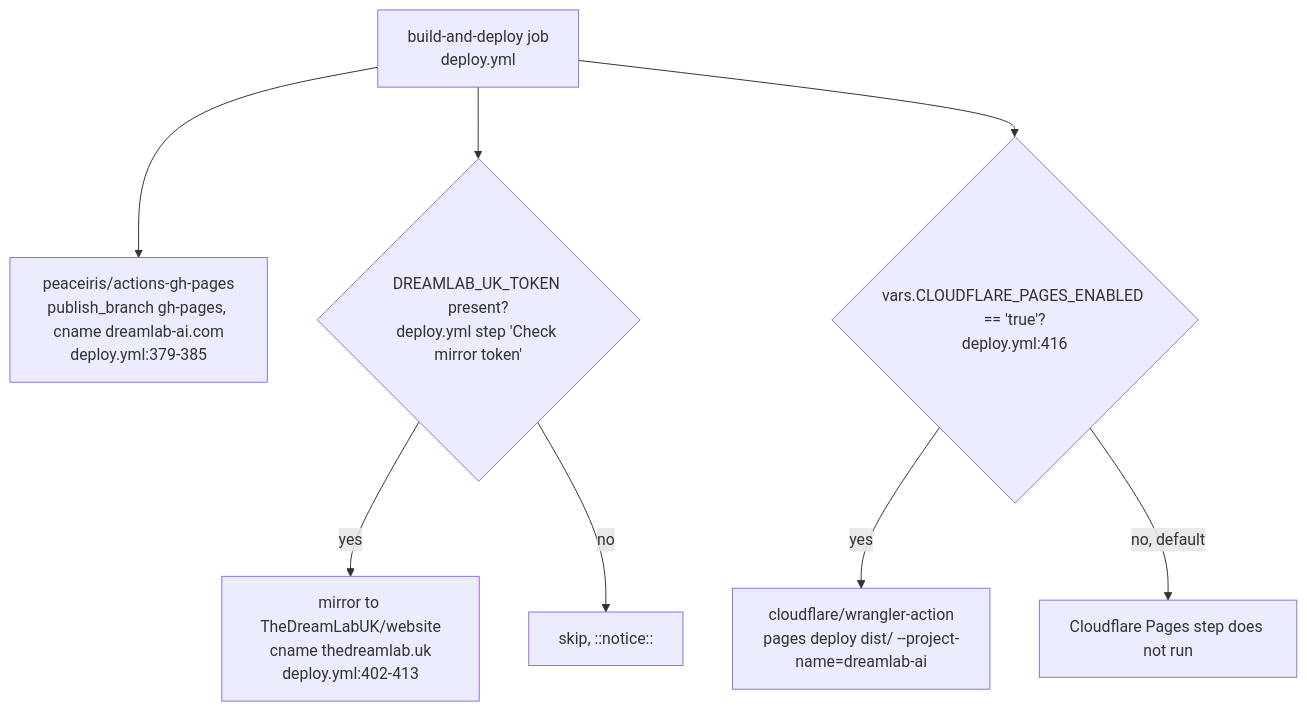
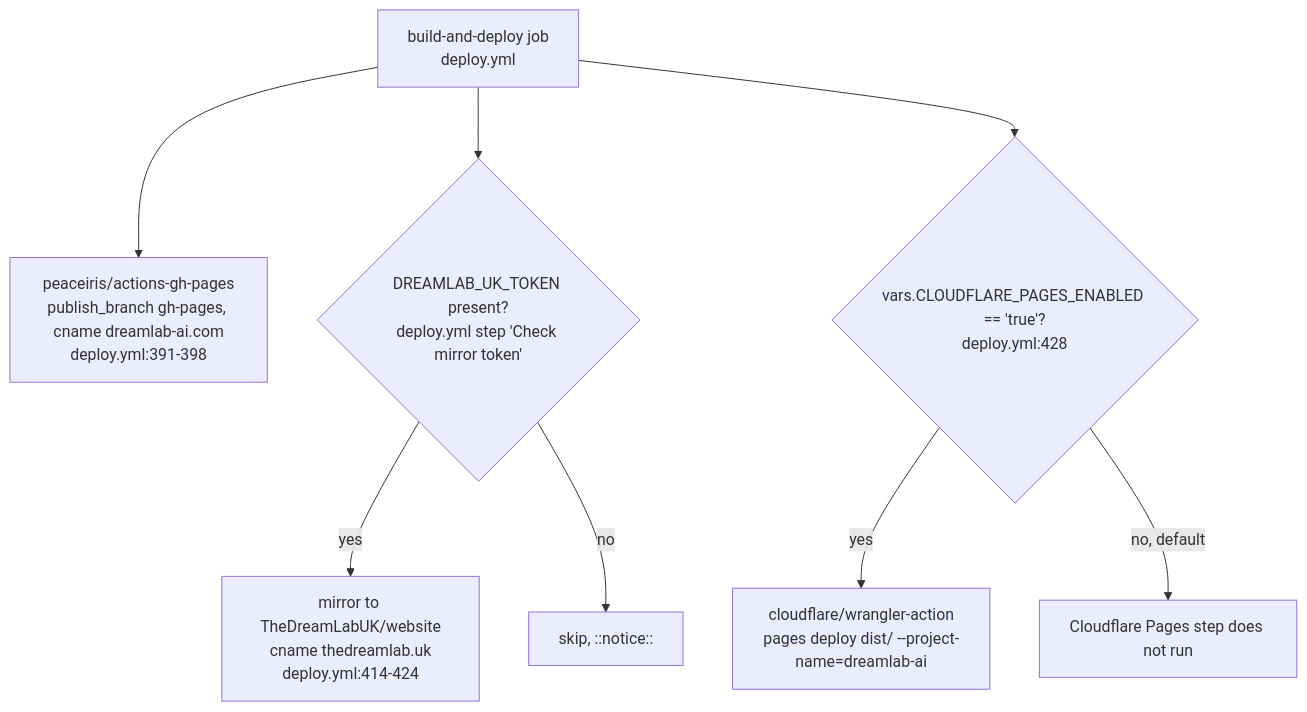
The third of 7 diagrams in docs/diagrams/dreamlab-ai-website/01-repo-composition-and-deploy-topology.md (DreamLab-AI/VisionFlow), drawn with Mermaid before and after one commit. The commit also changed other lines of this file and 111 other files, not shown here.

Commit message:
docs(diagrams): align estate maps with current source

````diff
--- a/docs/diagrams/dreamlab-ai-website/01-repo-composition-and-deploy-topology.md
+++ b/docs/diagrams/dreamlab-ai-website/01-repo-composition-and-deploy-topology.md
@@ -48,10 +51,10 @@
 ```mermaid
 flowchart TB
-    BUILD["build-and-deploy job<br/>deploy.yml"] --> GHPAGES["peaceiris/actions-gh-pages<br/>publish_branch gh-pages, cname dreamlab-ai.com<br/>deploy.yml:379-385"]
+    BUILD["build-and-deploy job<br/>deploy.yml"] --> GHPAGES["peaceiris/actions-gh-pages<br/>publish_branch gh-pages, cname dreamlab-ai.com<br/>deploy.yml:391-398"]
     BUILD --> MIRROR{"DREAMLAB_UK_TOKEN present?<br/>deploy.yml step 'Check mirror token'"}
-    MIRROR -->|yes| MIRRORDEPLOY["mirror to TheDreamLabUK/website<br/>cname thedreamlab.uk<br/>deploy.yml:402-413"]
+    MIRROR -->|yes| MIRRORDEPLOY["mirror to TheDreamLabUK/website<br/>cname thedreamlab.uk<br/>deploy.yml:414-424"]
     MIRROR -->|no| SKIP["skip, ::notice::"]
-    BUILD --> CFGATE{"vars.CLOUDFLARE_PAGES_ENABLED == 'true'?<br/>deploy.yml:416"}
+    BUILD --> CFGATE{"vars.CLOUDFLARE_PAGES_ENABLED == 'true'?<br/>deploy.yml:428"}
     CFGATE -->|yes| CFPAGES["cloudflare/wrangler-action<br/>pages deploy dist/ --project-name=dreamlab-ai"]
     CFGATE -->|no, default| CFOFF["Cloudflare Pages step does not run"]
 ```
````
